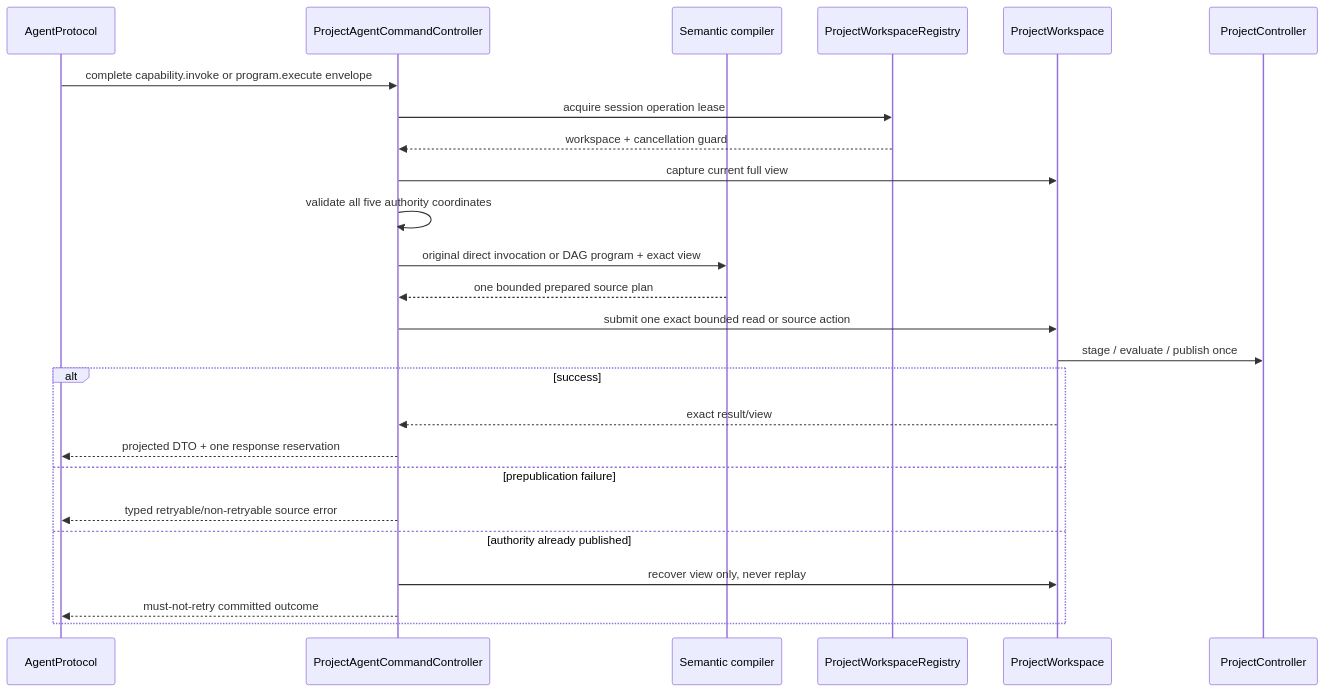
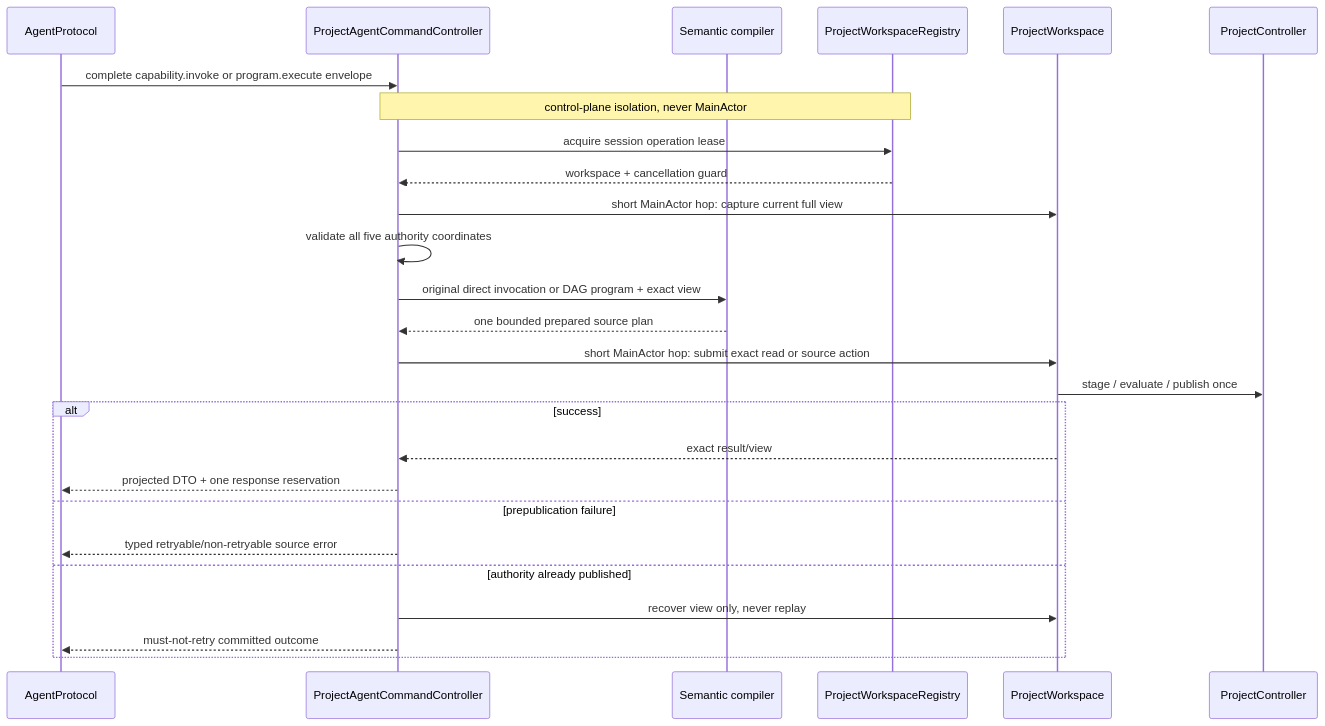
Before and after one commit to 1amageek/Rupa: the second of 2 diagrams in RupaKit/Sources/RupaAgentRuntime/DESIGN.md, drawn with Mermaid. The commit also changed other lines of this file and 13 other files, not shown here.

````diff
--- a/RupaKit/Sources/RupaAgentRuntime/DESIGN.md
+++ b/RupaKit/Sources/RupaAgentRuntime/DESIGN.md
@@ -181,27 +209,28 @@
 ```mermaid
 sequenceDiagram
     participant P as AgentProtocol
     participant R as ProjectAgentCommandController
     participant C as Semantic compiler
     participant G as ProjectWorkspaceRegistry
     participant W as ProjectWorkspace
     participant PC as ProjectController
     P->>R: complete capability.invoke or program.execute envelope
+    Note over R,G: control-plane isolation, never MainActor
     R->>G: acquire session operation lease
     G-->>R: workspace + cancellation guard
-    R->>W: capture current full view
+    R->>W: short MainActor hop: capture current full view
     R->>R: validate all five authority coordinates
     R->>C: original direct invocation or DAG program + exact view
     C-->>R: one bounded prepared source plan
-    R->>W: submit one exact bounded read or source action
+    R->>W: short MainActor hop: submit exact read or source action
     W->>PC: stage / evaluate / publish once
     alt success
         W-->>R: exact result/view
         R-->>P: projected DTO + one response reservation
     else prepublication failure
         R-->>P: typed retryable/non-retryable source error
     else authority already published
         R->>W: recover view only, never replay
         R-->>P: must-not-retry committed outcome
     end
 ```
````
